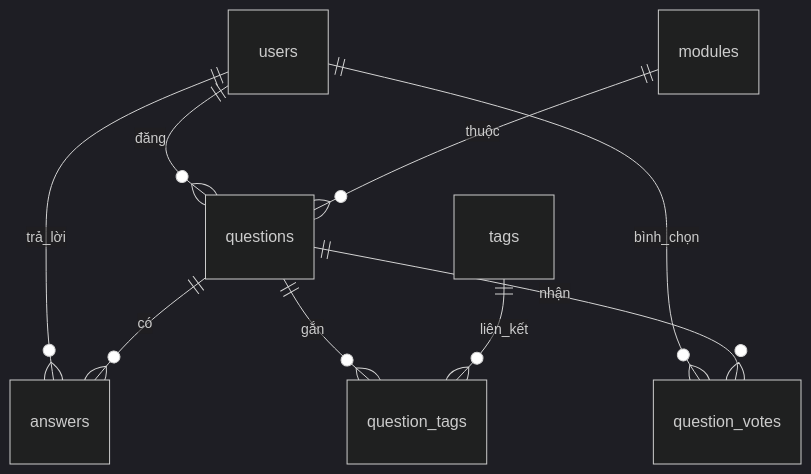
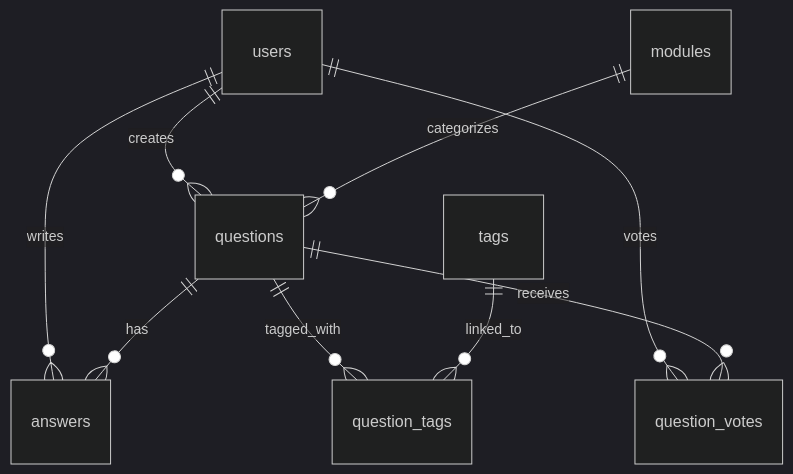
The diagram in README.md (thuonglv024/web1_v3), drawn with Mermaid (dark theme) before and after one commit. The commit also changed other lines of this file, not shown here.

````diff
--- a/README.md
+++ b/README.md
@@ -198,11 +280,11 @@
 ```mermaid
 erDiagram
-    users ||--o{ questions : "đăng"
-    users ||--o{ answers : "trả_lời"
-    users ||--o{ question_votes : "bình_chọn"
-    modules ||--o{ questions : "thuộc"
-    questions ||--o{ answers : "có"
-    questions ||--o{ question_tags : "gắn"
-    questions ||--o{ question_votes : "nhận"
-    tags ||--o{ question_tags : "liên_kết"
+    users ||--o{ questions : "creates"
+    users ||--o{ answers : "writes"
+    users ||--o{ question_votes : "votes"
+    modules ||--o{ questions : "categorizes"
+    questions ||--o{ answers : "has"
+    questions ||--o{ question_tags : "tagged_with"
+    questions ||--o{ question_votes : "receives"
+    tags ||--o{ question_tags : "linked_to"
 ```
````
